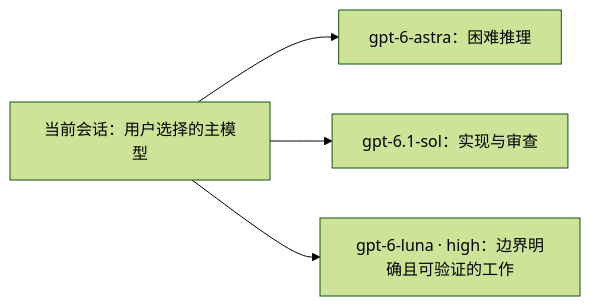
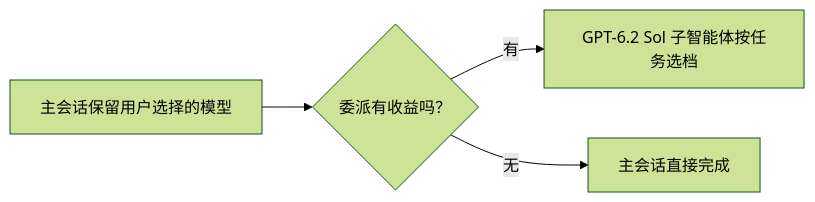
Before and after one commit to chips-lxm/adaptive-model-orchestrator: the diagram in README.zh-CN.md, drawn with Mermaid (forest theme). The commit also changed other lines of this file and 9 other files, not shown here.

Commit message:
Use GPT-6.2 Sol reasoning tiers for ordinary subagents

````diff
--- a/README.zh-CN.md
+++ b/README.zh-CN.md
@@ -5,6 +5,6 @@
 ```mermaid
 flowchart LR
-  L["当前会话：用户选择的主模型"] --> A["gpt-6-astra：困难推理"]
-  L --> S["gpt-6.1-sol：实现与审查"]
-  L --> U["gpt-6-luna · high：边界明确且可验证的工作"]
+  L["主会话保留用户选择的模型"] --> R{"委派有收益吗？"}
+  R -->|有| S["GPT-6.2 Sol 子智能体按任务选档"]
+  R -->|无| E["主会话直接完成"]
 ```
````
